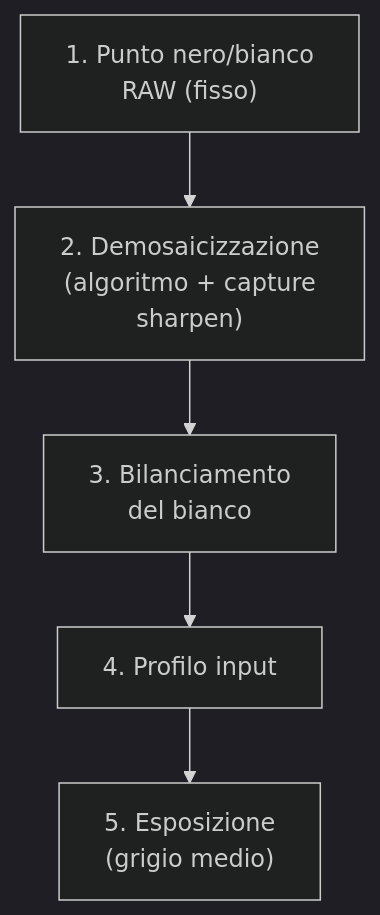
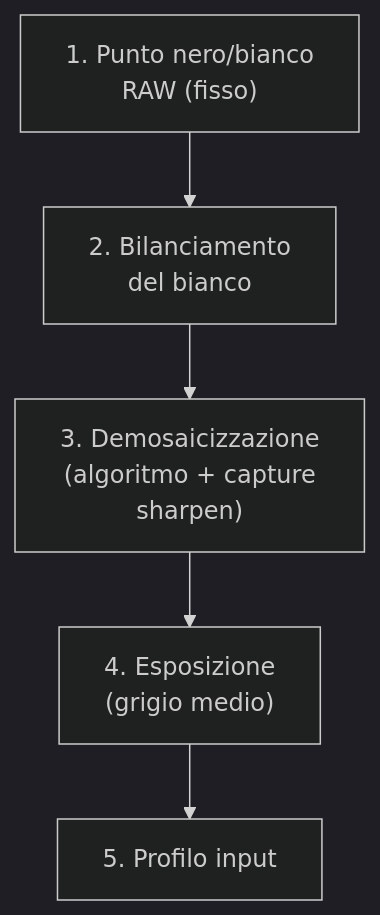
One commit to lorenzoperone/darktable-docs changed the diagram in docs/modules/demosaicing.md. Above: the diagram before and after it, drawn with Mermaid (dark theme). The commit also changed other lines of this file and 36 other files, not shown here.

````diff
--- a/docs/modules/demosaicing.md
+++ b/docs/modules/demosaicing.md
@@ -26,4 +26,4 @@
 ```mermaid
 flowchart TD
-    A["1. Punto nero/bianco<br/>RAW (fisso)"] --> B["2. Demosaicizzazione<br/>(algoritmo + capture<br/>sharpen)"] --> C["3. Bilanciamento<br/>del bianco"] --> D["4. Profilo input"] --> E["5. Esposizione<br/>(grigio medio)"]
+    A["1. Punto nero/bianco<br/>RAW (fisso)"] --> B["2. Bilanciamento<br/>del bianco"] --> C["3. Demosaicizzazione<br/>(algoritmo + capture<br/>sharpen)"] --> D["4. Esposizione<br/>(grigio medio)"] --> E["5. Profilo input"]
 ```
````
